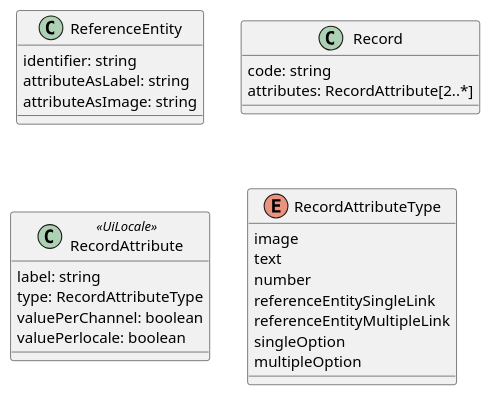
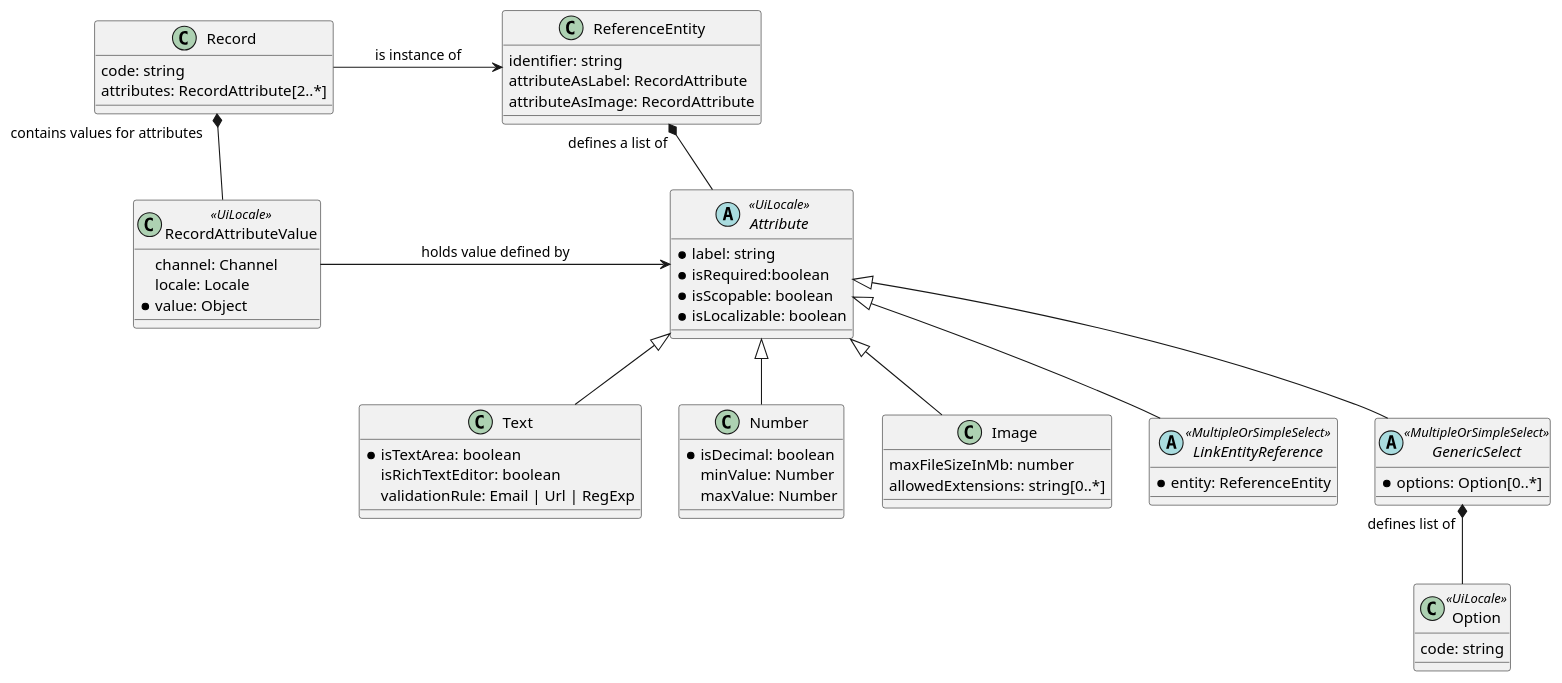
The diagram in architecture/pim-reference-entities.puml (akeneo/pim-docs), drawn with PlantUML before and after one commit. The commit also changed 1 other file, not shown here.

Commit message:
reference entities diagram

```diff
--- a/architecture/pim-reference-entities.puml
+++ b/architecture/pim-reference-entities.puml
@@ -1,34 +1,78 @@
 @startuml
-class ReferenceEntity {
-    identifier: string 
-    attributeAsLabel: string
-    attributeAsImage: string
-    
+together {
+    class ReferenceEntity {
+        identifier: string
+        attributeAsLabel: RecordAttribute
+        attributeAsImage: RecordAttribute
+    }
+
+
+    abstract class Attribute <<UiLocale>> {
+        *label: string
+        *isRequired:boolean
+        *isScopable: boolean
+        *isLocalizable: boolean
+    }
+
+    ReferenceEntity "defines a list of" *-- Attribute
+
+    class Text {
+        *isTextArea: boolean
+        isRichTextEditor: boolean
+        validationRule: Email | Url | RegExp
+    }
+
+    Attribute <|-- Text
+
+    class Number {
+        *isDecimal: boolean
+        minValue: Number
+        maxValue: Number
+    }
+
+    Attribute <|-- Number
+
+    class Image {
+        maxFileSizeInMb: number
+        allowedExtensions: string[0..*]
+    }
+
+    Attribute <|-- Image
+
+    abstract class LinkEntityReference <<MultipleOrSimpleSelect>> {
+        *entity: ReferenceEntity
+    }
+
+    Attribute <|-- LinkEntityReference
+
+    class Option <<UiLocale>> {
+        code: string
+    }
+
+    abstract class GenericSelect  <<MultipleOrSimpleSelect>>   {
+        *options: Option[0..*]
+    }
+    GenericSelect "defines list of" *-- Option
+    Attribute <|-- GenericSelect
+
 }
 
-class Record  {
-    code: string
-    'label and image are two default attributes.
-    attributes: RecordAttribute[2..*]
+together {
+    class Record  {
+        code: string
+        'label and image are two default attributes.
+        attributes: RecordAttribute[2..*]
+    }
+    Record -> ReferenceEntity: "is instance of"
+
+    class RecordAttributeValue <<UiLocale>> {
+        channel: Channel
+        locale: Locale
+        * value: Object
+    }
+    RecordAttributeValue -> Attribute: "holds value defined by"
+    Record "contains values for attributes" *-- RecordAttributeValue
+
 }
 
-
-class RecordAttribute <<UiLocale>> {
-    label: string 
-    type: RecordAttributeType
-    valuePerChannel: boolean
-    valuePerlocale: boolean
-}
-
-'//TODO describe entity reference attribute types.
-enum RecordAttributeType {
-    image 
-    text
-    number
-    referenceEntitySingleLink
-    referenceEntityMultipleLink
-    singleOption
-    multipleOption
-} 
-
 @enduml
```
